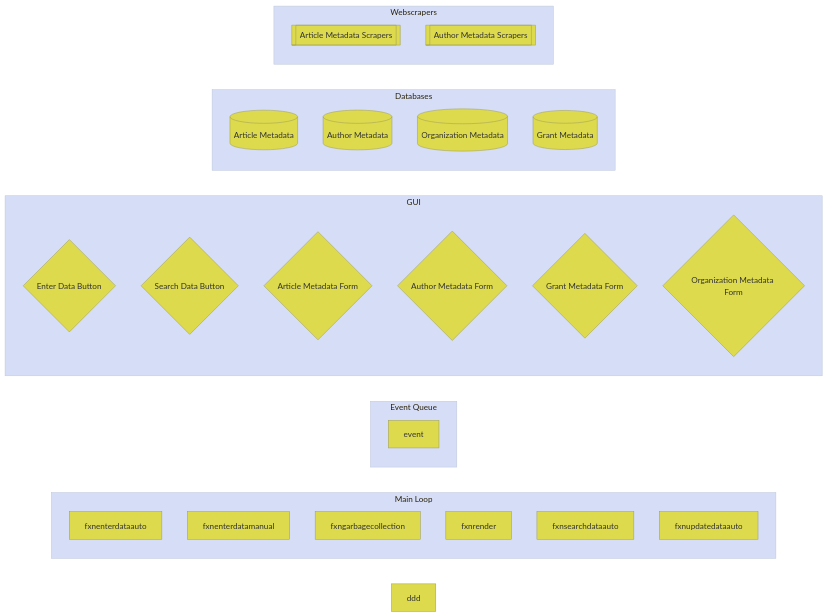
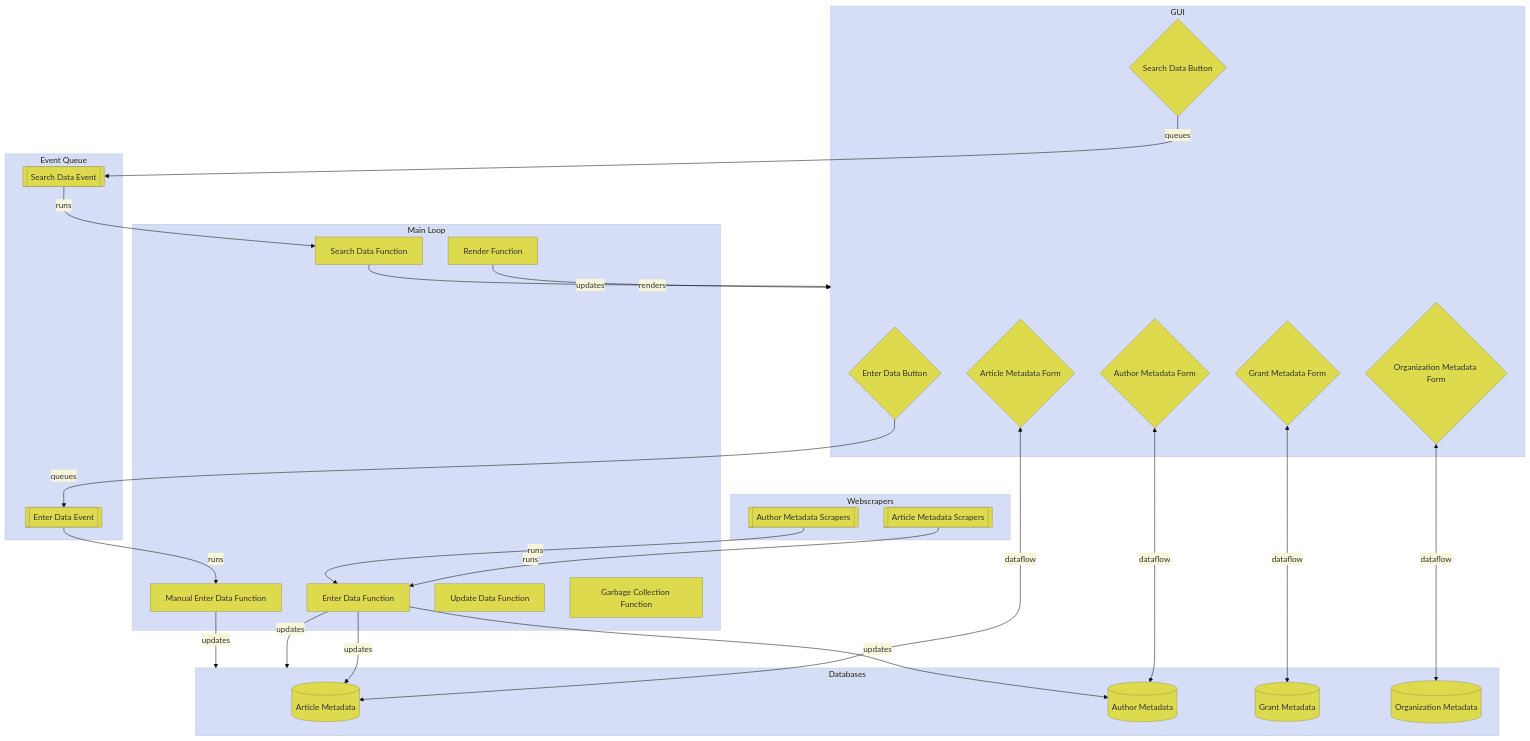
One commit to jhbardwell/Research-Data-Manager-Program changed the first of 2 diagrams in DESIGNDOC.md. Above: the diagram before and after it, drawn with Mermaid. The commit also changed other lines of this file, not shown here.

````diff
--- a/DESIGNDOC.md
+++ b/DESIGNDOC.md
@@ -33,37 +33,51 @@
 ```mermaid
 %%{init: {'theme': 'base', 'themeVariables': 
 { 'primaryColor': '#DDDA4D', 'edgeLabelBackground':'#F7F6DA', 'tertiaryColor': '#D5DEF6'}}}%%
-flowchart LR
+flowchart TD
   %%relationships
-   ddd
+     buttonenterdata{Enter Data Button}--queues-->evententerdata
+     buttonsearchdata{Search Data Button}--queues-->eventsearchdata
+     evententerdata--runs-->fxnenterdatamanual
+     eventsearchdata--runs-->fxnsearchdata
+     formarticle<--dataflow-->databasearticle
+     formauthor<--dataflow-->databaseauthor
+     formgrant<--dataflow-->databasegrant
+     formorganization<--dataflow-->databaseorganization
+     fxnenterdata--updates-->DATABASES
+     fxnenterdatamanual--updates-->DATABASES
+     fxnrender--renders-->GUI
+     fxnsearchdata--updates-->GUI
+     webscraperarticle--runs-->fxnenterdata--updates-->databasearticle
+     webscraperauthor--runs-->fxnenterdata--updates-->databaseauthor
    %% structure
    subgraph MAIN [Main Loop]
-      fxnenterdataauto
-      fxnenterdatamanual
-      fxngarbagecollection
-      fxnrender
-      fxnsearchdataauto
-      fxnupdatedataauto
+      fxnenterdata[Enter Data Function]
+      fxnenterdatamanual[Manual Enter Data Function]
+      fxnrender[Render Function]
+      fxnsearchdata[Search Data Function]
+      fxnupdatedata[Update Data Function]
+      fxngarbagecollection[Garbage Collection Function]
       end
    subgraph EVENTS [Event Queue]
-      event
+      evententerdata[[Enter Data Event]]
+      eventsearchdata[[Search Data Event]]
       end
    subgraph GUI [GUI]
       buttonenterdata{Enter Data Button}
       buttonsearchdata{Search Data Button}
       formarticle{Article Metadata Form}
       formauthor{Author Metadata Form}
       formgrant{Grant Metadata Form}
       formorganization{Organization Metadata Form}
       end 
    subgraph DATABASES [Databases]
      databasearticle[(Article Metadata)]
      databaseauthor[(Author Metadata)]
      databaseorganization[(Organization Metadata)]
      databasegrant[(Grant Metadata)]
      end
    subgraph WEBSCRAPERS [Webscrapers]
-     articlescraper[[Article Metadata Scrapers]]
-     authorcraper[[Author Metadata Scrapers]] 
+     webscraperarticle[[Article Metadata Scrapers]]
+     webscraperauthor[[Author Metadata Scrapers]] 
      end
 ```
````
